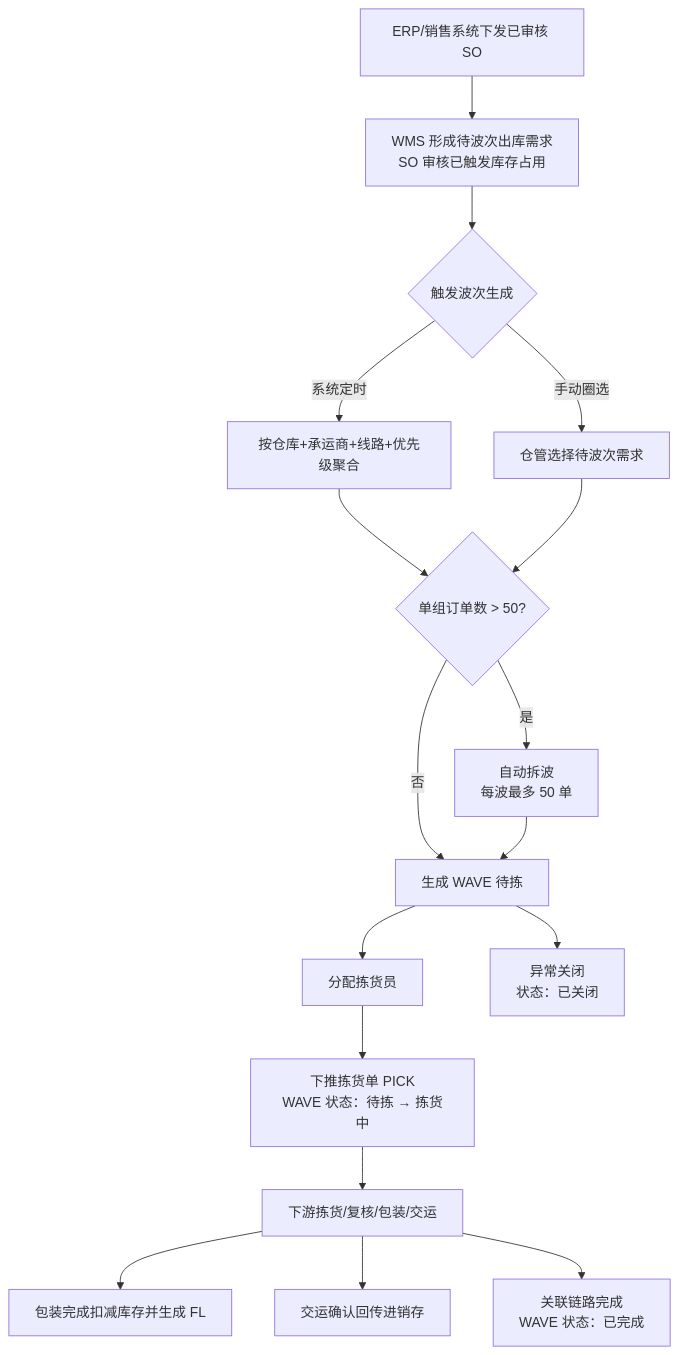
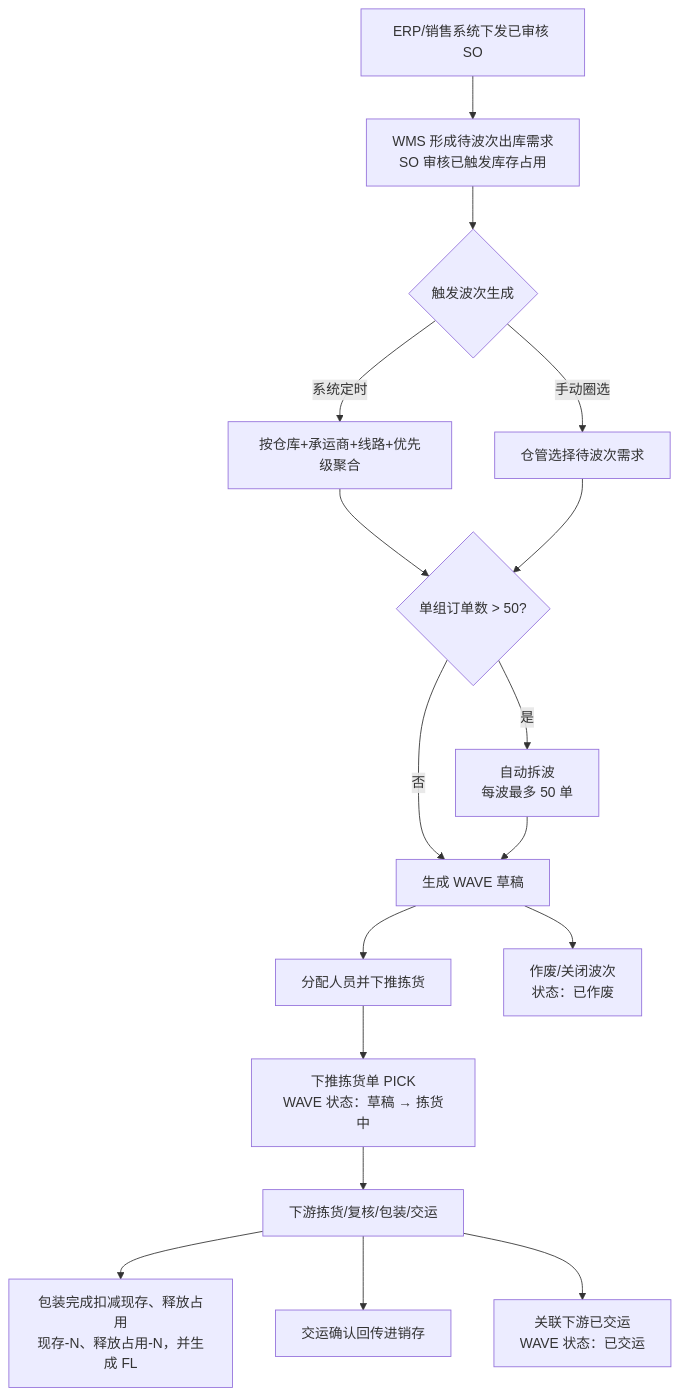
One commit to lophyJessica/forge-crm changed the first of 2 diagrams in prd-docs/出库管理/波次/波次_业务流程推演.md. Above: the diagram before and after it, drawn with Mermaid. The commit also changed other lines of this file and 50 other files, not shown here.

````diff
--- a/prd-docs/出库管理/波次/波次_业务流程推演.md
+++ b/prd-docs/出库管理/波次/波次_业务流程推演.md
@@ -30,19 +30,19 @@
 ```mermaid
 flowchart TD
     A["ERP/销售系统下发已审核 SO"] --> B["WMS 形成待波次出库需求\nSO 审核已触发库存占用"]
     B --> C{"触发波次生成"}
     C -->|系统定时| D["按仓库+承运商+线路+优先级聚合"]
     C -->|手动圈选| E["仓管选择待波次需求"]
     D --> F{"单组订单数 > 50?"}
     E --> F
     F -->|是| G["自动拆波\n每波最多 50 单"]
-    F -->|否| H["生成 WAVE 待拣"]
+    F -->|否| H["生成 WAVE 草稿"]
     G --> H
-    H --> I["分配拣货员"]
-    I --> J["下推拣货单 PICK\nWAVE 状态：待拣 → 拣货中"]
+    H --> I["分配人员并下推拣货"]
+    I --> J["下推拣货单 PICK\nWAVE 状态：草稿 → 拣货中"]
     J --> K["下游拣货/复核/包装/交运"]
-    K --> L["包装完成扣减库存并生成 FL"]
+    K --> L["包装完成扣减现存、释放占用<br/>现存-N、释放占用-N，并生成 FL"]
     K --> M["交运确认回传进销存"]
-    K --> N["关联链路完成\nWAVE 状态：已完成"]
-    H --> O["异常关闭\n状态：已关闭"]
+    K --> N["关联下游已交运\nWAVE 状态：已交运"]
+    H --> O["作废/关闭波次\n状态：已作废"]
 ```
````
